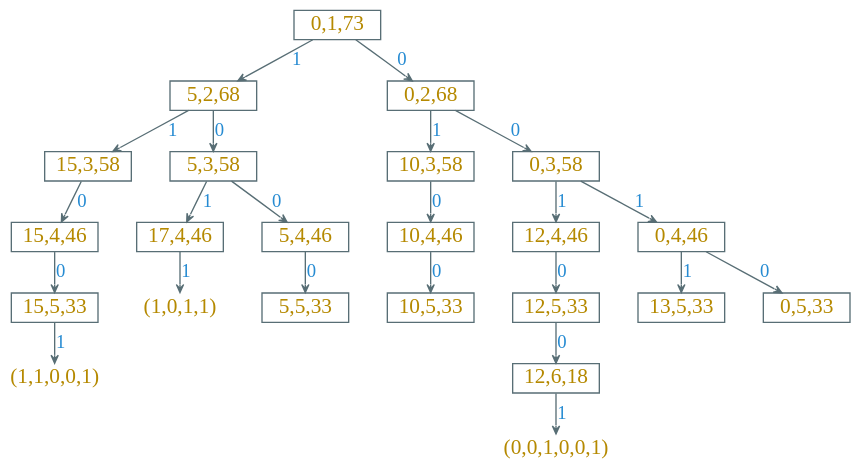
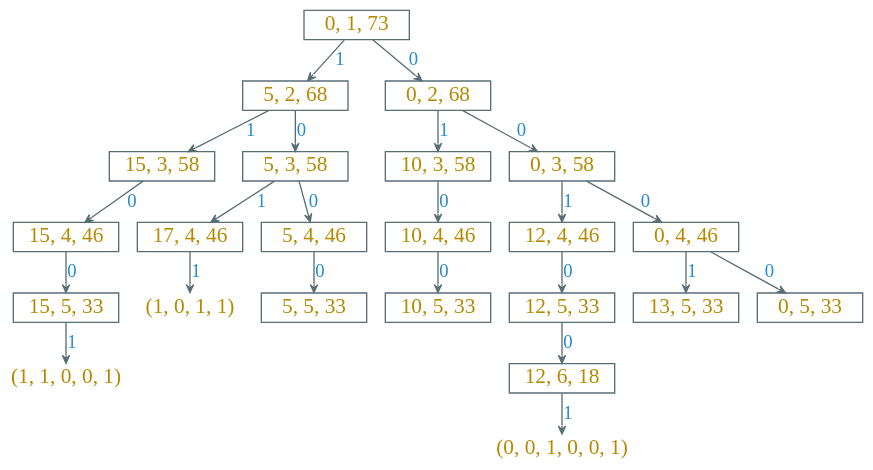
One commit to Avanti1980/course-alg changed the diagram in dot/sum-subset.dot. Above: the diagram before and after it, drawn with Graphviz. The commit also changed 9 other files, not shown here.

```diff
--- a/dot/sum-subset.dot
+++ b/dot/sum-subset.dot
@@ -1,51 +1,51 @@
 digraph g {
     bgcolor=transparent
     rankdir=TB
-    graph [nodesep=0.4, ranksep=0.2]
-    node [shape=box, color="#586e75", fixedsize=true, width=0.9, height=0.3, fontcolor="#b58900", fontsize=16, fontname="LXGWWenKai"]
+    graph [nodesep=0.2, ranksep=0.2]
+    node [shape=box, color="#586e75", fixedsize=true, width=1.1, height=0.3, fontcolor="#b58900", fontsize=16, fontname="LXGWWenKai"]
     edge [arrowhead=vee, color="#586e75", fontcolor="#268bd2", fontsize=14, fontname="LXGWWenKai" arrowsize=0.6]
 
-    "0,1,73" -> "5,2,68" [label=1]
-    "0,1,73" -> "0,2,68" [label=0]
+    "0, 1, 73" -> "5, 2, 68" [label=1]
+    "0, 1, 73" -> "0, 2, 68" [label=0]
 
-    "5,2,68" -> "15,3,58" [label=1]
-    "5,2,68" -> "5,3,58" [label=0]
+    "5, 2, 68" -> "15, 3, 58" [label=1]
+    "5, 2, 68" -> "5, 3, 58" [label=0]
 
-    "15,3,58" -> "15,4,46" [label=0]
+    "15, 3, 58" -> "15, 4, 46" [label=0]
 
-    "15,4,46" -> "15,5,33" [label=0]
+    "15, 4, 46" -> "15, 5, 33" [label=0]
 
     node [shape=plaintext]
-    "15,5,33" -> "(1,1,0,0,1)" [label=1]
+    "15, 5, 33" -> "(1, 1, 0, 0, 1)" [label=1]
 
     node [shape=box]
-    "5,3,58" -> "17,4,46" [label=1]
-    "5,3,58" -> "5,4,46" [label=0]
+    "5, 3, 58" -> "17, 4, 46" [label=1]
+    "5, 3, 58" -> "5, 4, 46" [label=0]
 
     node [shape=plaintext]
-    "17,4,46" -> "(1,0,1,1)" [label=1]
+    "17, 4, 46" -> "(1, 0, 1, 1)" [label=1]
 
     node [shape=box]
-    "5,4,46" -> "5,5,33" [label=0]
+    "5, 4, 46" -> "5, 5, 33" [label=0]
 
-    "0,2,68" -> "10,3,58" [label=1]
-    "0,2,68" -> "0,3,58" [label=0]
+    "0, 2, 68" -> "10, 3, 58" [label=1]
+    "0, 2, 68" -> "0, 3, 58" [label=0]
 
-    "10,3,58" -> "10,4,46" [label=0]
-    "10,4,46" -> "10,5,33" [label=0]
+    "10, 3, 58" -> "10, 4, 46" [label=0]
+    "10, 4, 46" -> "10, 5, 33" [label=0]
 
-    "0,3,58" -> "12,4,46" [label=1]
-    "0,3,58" -> "0,4,46" [label=1]
+    "0, 3, 58" -> "12, 4, 46" [label=1]
+    "0, 3, 58" -> "0, 4, 46" [label=0]
 
-    "12,4,46" -> "12,5,33" [label=0]
-    "12,5,33" -> "12,6,18" [label=0]
+    "12, 4, 46" -> "12, 5, 33" [label=0]
+    "12, 5, 33" -> "12, 6, 18" [label=0]
 
     node [shape=plaintext]
-    "12,6,18" -> "(0,0,1,0,0,1)" [label=1]
+    "12, 6, 18" -> "(0, 0, 1, 0, 0, 1)" [label=1]
 
     node [shape=box]
-    "0,4,46" -> "13,5,33" [label=1]
-    "0,4,46" -> "0,5,33" [label=0]
+    "0, 4, 46" -> "13, 5, 33" [label=1]
+    "0, 4, 46" -> "0, 5, 33" [label=0]
 
     node [shape=plaintext]
 }
```
